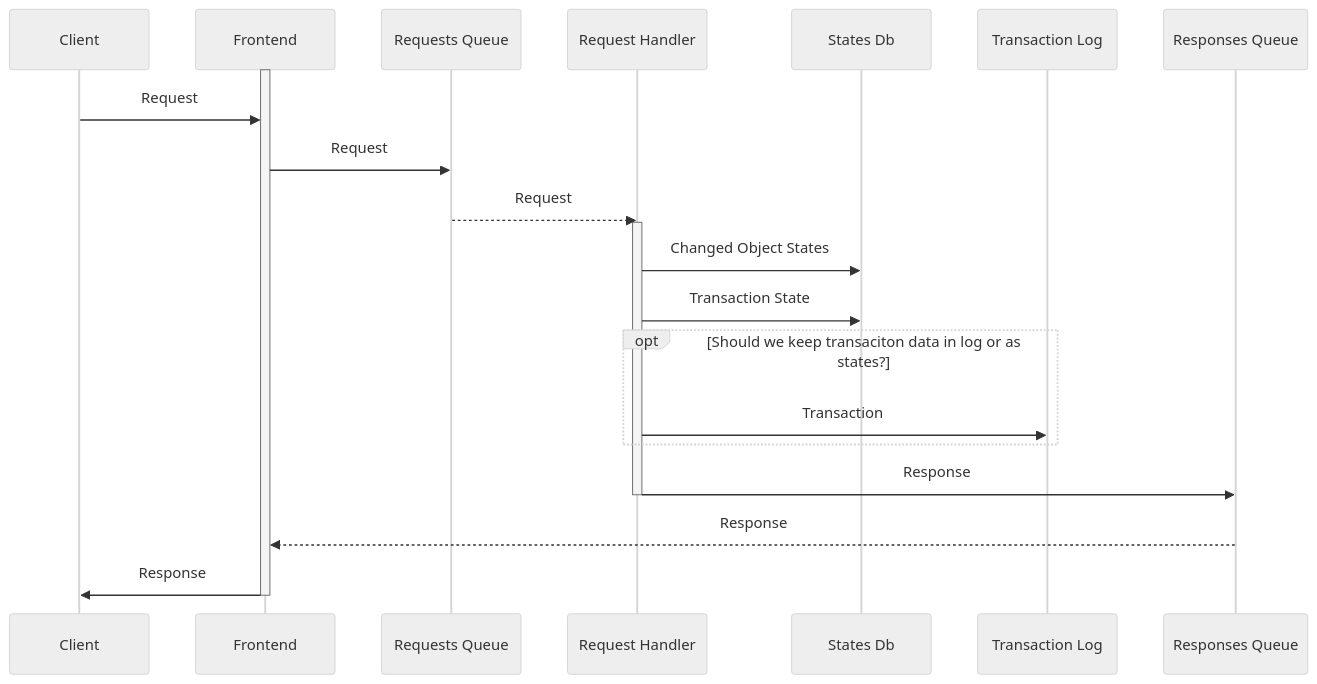
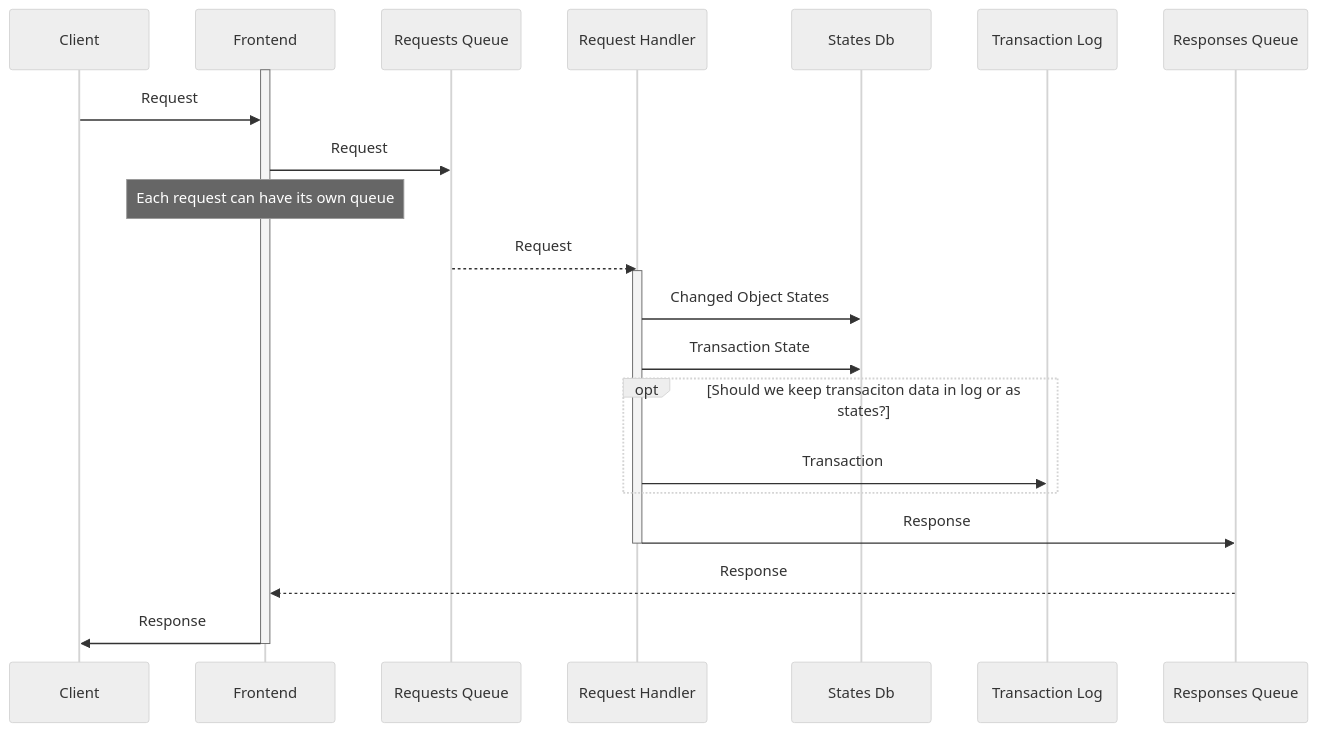
The diagram in Scenarious.md (atomicity4j/atomicity4j-docs), drawn with Mermaid (neutral theme) before and after one commit. The commit also changed other lines of this file, not shown here.

````diff
--- a/Scenarious.md
+++ b/Scenarious.md
@@ -5,18 +5,19 @@
 ```mermaid
 sequenceDiagram
   activate Frontend
   Client->>Frontend: Request
   Frontend->>Requests Queue: Request
+  Note over Frontend: Each request can have its own queue
   Requests Queue-->>Request Handler: Request
   activate Request Handler
   Request Handler->>States Db: Changed Object States
   Request Handler->>States Db: Transaction State
   opt Should we keep transaciton data in log or as states?
       Request Handler->> Transaction Log: Transaction
   end
   Request Handler->>Responses Queue: Response
   deactivate Request Handler
   Responses Queue-->> Frontend: Response
   Frontend->>Client: Response
   deactivate Frontend
 ```
````
